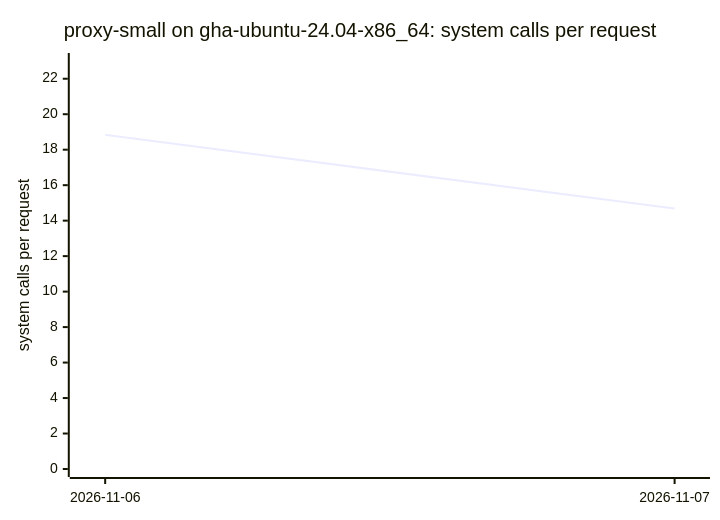
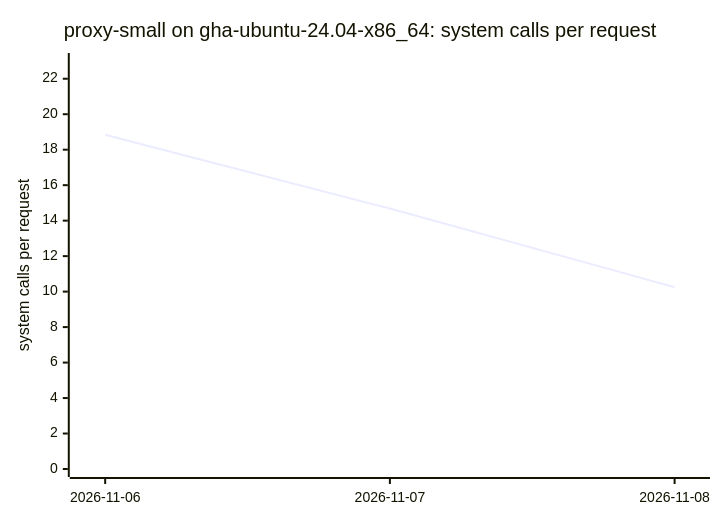
Diagram 12 of 16 in BENCHMARKS.md (ThePixelPilgrim/durchlauferhitzer), drawn with Mermaid before and after one commit. The commit also changed other lines of this file and 1 other file, not shown here.

````diff
--- a/BENCHMARKS.md
+++ b/BENCHMARKS.md
@@ -137,7 +137,7 @@
 ```mermaid
 xychart-beta
   title "proxy-small on gha-ubuntu-24.04-x86_64: system calls per request"
-  x-axis ["2026-11-06", "2026-11-07"]
+  x-axis ["2026-11-06", "2026-11-07", "2026-11-08"]
   y-axis "system calls per request" 0 --> 23
-  line [18.84, 14.68]
+  line [18.84, 14.68, 10.25]
 ```
````
